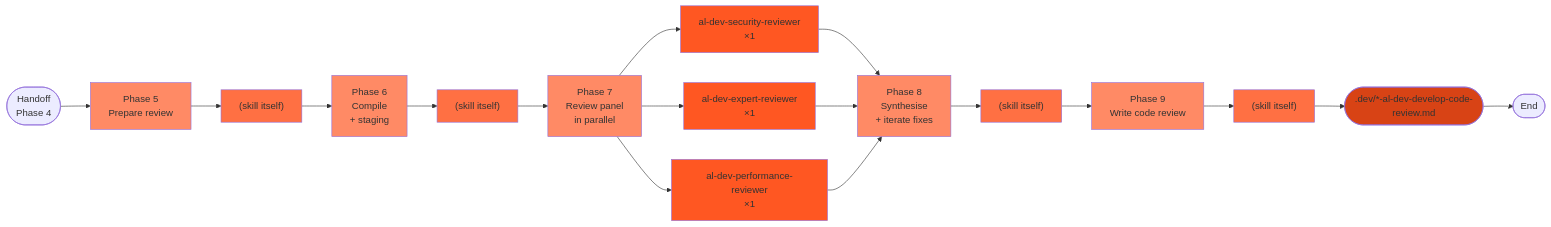
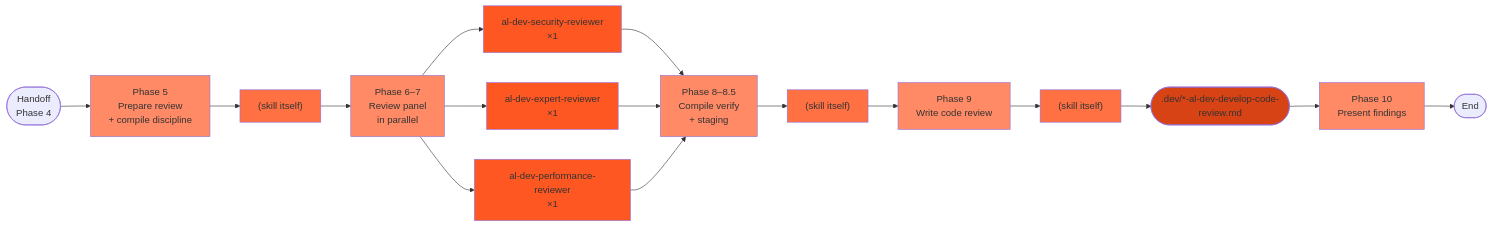
The seventh of 20 diagrams in docs/al-dev-plugin-map.md (russell-laing/al-dev-shared), drawn with Mermaid before and after one commit. The commit also changed other lines of this file, not shown here.

Commit message:
docs: sync plugin map with current plugin state
Fix /al-dev-review-develop Layer 2 drill-down: phase ordering was
inverted (compile shown before review panel, but skill dispatches
review panel first in Phase 6-7, then compile verification in Phase
8-8.5). Add missing Phase 10 (Present findings). Update header date.

````diff
--- a/docs/al-dev-plugin-map.md
+++ b/docs/al-dev-plugin-map.md
@@ -245,36 +245,34 @@
 ```mermaid
 flowchart LR
-    Start([Handoff<br/>Phase 4]) --> Phase5["Phase 5<br/>Prepare review"]
+    Start([Handoff<br/>Phase 4]) --> Phase5["Phase 5<br/>Prepare review<br/>+ compile discipline"]
     Phase5 --> SkillWork1["(skill itself)"]
-    SkillWork1 --> Phase6["Phase 6<br/>Compile<br/>+ staging"]
-    Phase6 --> SkillWork2["(skill itself)"]
-    SkillWork2 --> Phase7["Phase 7<br/>Review panel<br/>in parallel"]
+    SkillWork1 --> Phase67["Phase 6–7<br/>Review panel<br/>in parallel"]
 
-    Phase7 --> SecReview["al-dev-security-reviewer<br/>×1"]
-    Phase7 --> ExpertReview["al-dev-expert-reviewer<br/>×1"]
-    Phase7 --> PerfReview["al-dev-performance-reviewer<br/>×1"]
+    Phase67 --> SecReview["al-dev-security-reviewer<br/>×1"]
+    Phase67 --> ExpertReview["al-dev-expert-reviewer<br/>×1"]
+    Phase67 --> PerfReview["al-dev-performance-reviewer<br/>×1"]
 
-    SecReview --> Phase8["Phase 8<br/>Synthesise<br/>+ iterate fixes"]
+    SecReview --> Phase8["Phase 8–8.5<br/>Compile verify<br/>+ staging"]
     ExpertReview --> Phase8
     PerfReview --> Phase8
 
-    Phase8 --> SkillWork3["(skill itself)"]
-    SkillWork3 --> Phase9["Phase 9<br/>Write code review"]
-    Phase9 --> SkillWork4["(skill itself)"]
-    SkillWork4 --> Output1([".dev/*-al-dev-develop-code-review.md"])
-    Output1 --> End([End])
+    Phase8 --> SkillWork2["(skill itself)"]
+    SkillWork2 --> Phase9["Phase 9<br/>Write code review"]
+    Phase9 --> SkillWork3["(skill itself)"]
+    SkillWork3 --> Output1([".dev/*-al-dev-develop-code-review.md"])
+    Output1 --> Phase10["Phase 10<br/>Present findings"]
+    Phase10 --> End([End])
 
     style Phase5 fill:#ff8a65
-    style Phase6 fill:#ff8a65
-    style Phase7 fill:#ff8a65
+    style Phase67 fill:#ff8a65
     style Phase8 fill:#ff8a65
     style Phase9 fill:#ff8a65
+    style Phase10 fill:#ff8a65
     style SkillWork1 fill:#ff7043
     style SkillWork2 fill:#ff7043
     style SkillWork3 fill:#ff7043
-    style SkillWork4 fill:#ff7043
     style SecReview fill:#ff5722
     style ExpertReview fill:#ff5722
     style PerfReview fill:#ff5722
     style Output1 fill:#d84315
 ```
````
